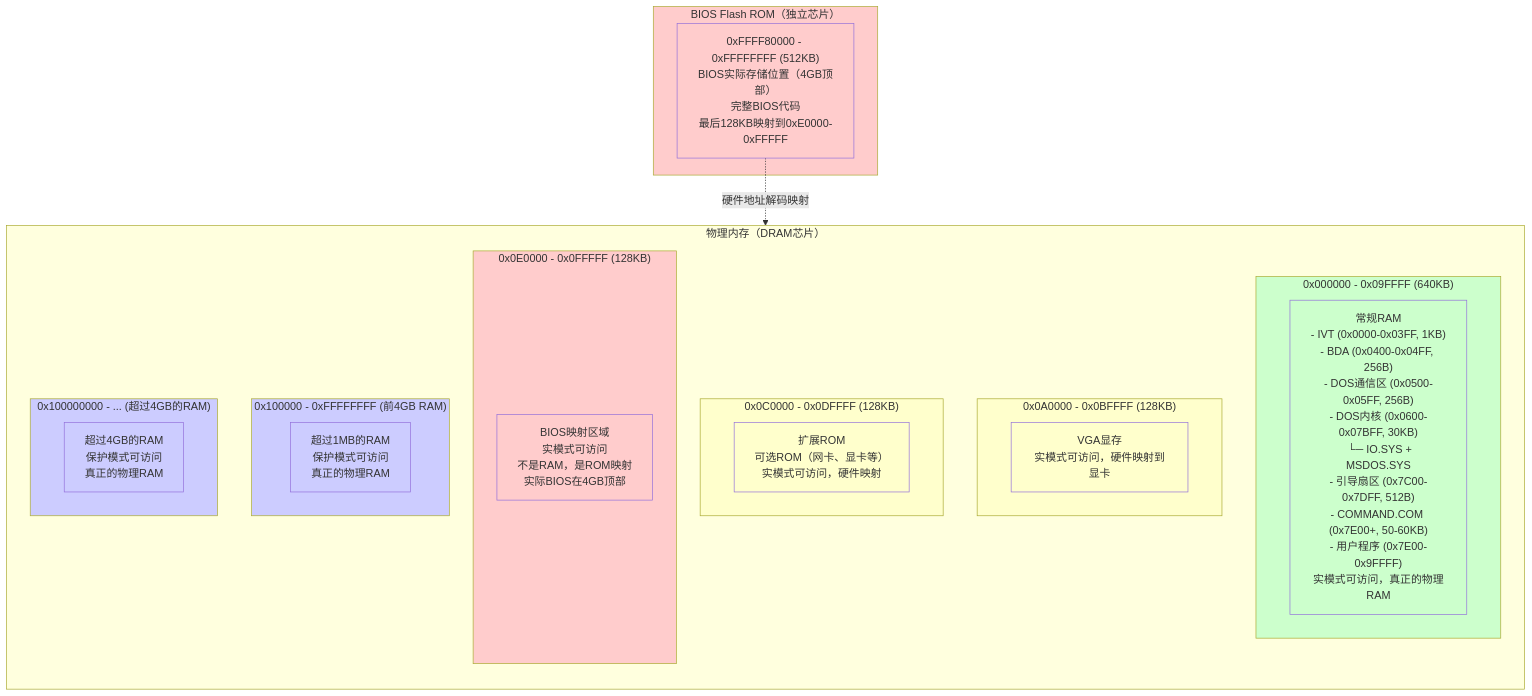
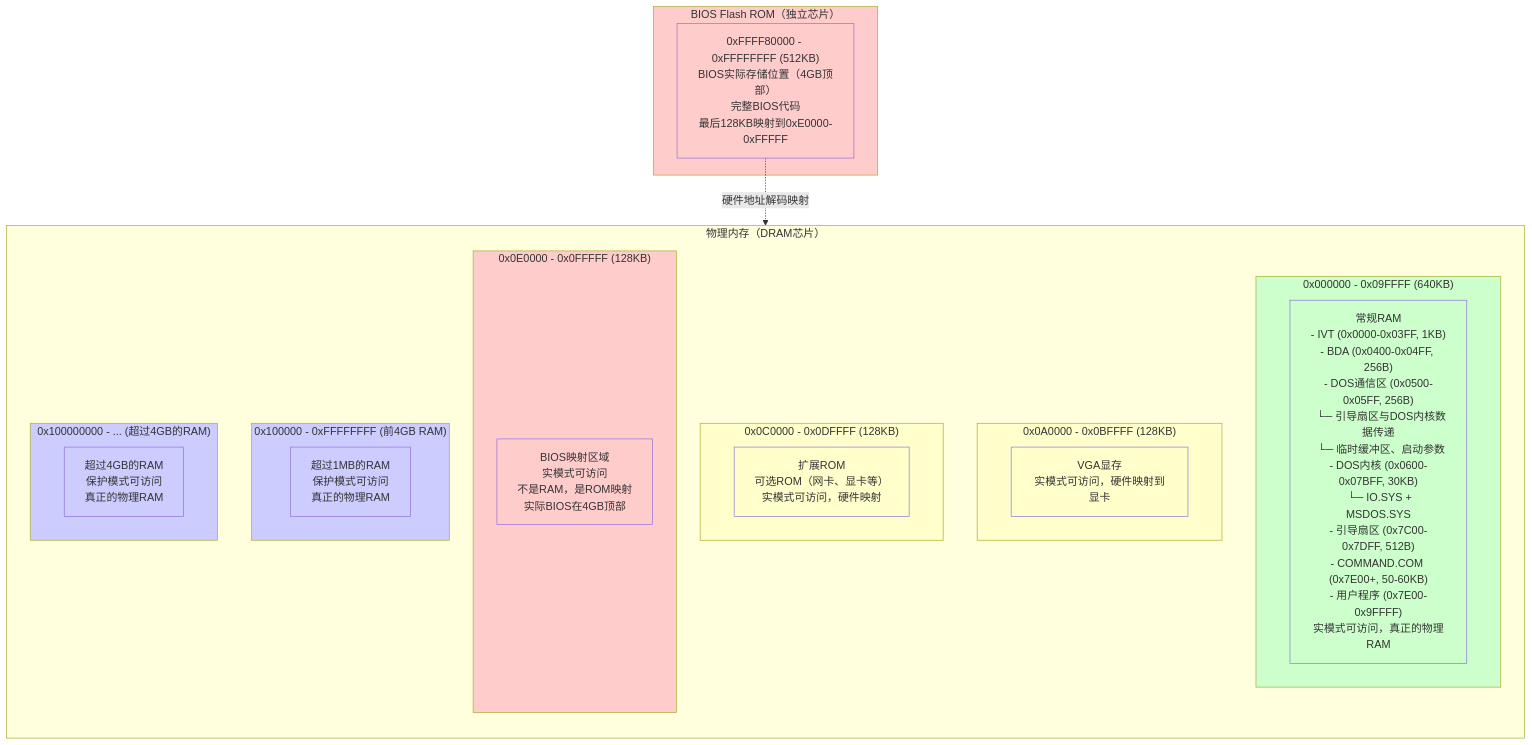
Before and after one commit to liweinan/bootimage-example: the diagram in BIOS_MEMORY_LAYOUT.md, drawn with Mermaid. The commit also changed other lines of this file, not shown here.

````diff
--- a/BIOS_MEMORY_LAYOUT.md
+++ b/BIOS_MEMORY_LAYOUT.md
@@ -287,51 +287,51 @@
    ```mermaid
    flowchart TB
        subgraph DRAM["物理内存（DRAM芯片）"]
            direction TB
            
            subgraph Low640KB["0x000000 - 0x09FFFF (640KB)"]
-               LowRAM["常规RAM<br/>- IVT (0x0000-0x03FF, 1KB)<br/>- BDA (0x0400-0x04FF, 256B)<br/>- DOS通信区 (0x0500-0x05FF, 256B)<br/>- DOS内核 (0x0600-0x07BFF, 30KB)<br/>  └─ IO.SYS + MSDOS.SYS<br/>- 引导扇区 (0x7C00-0x7DFF, 512B)<br/>- COMMAND.COM (0x7E00+, 50-60KB)<br/>- 用户程序 (0x7E00-0x9FFFF)<br/>实模式可访问，真正的物理RAM"]
+               LowRAM["常规RAM<br/>- IVT (0x0000-0x03FF, 1KB)<br/>- BDA (0x0400-0x04FF, 256B)<br/>- DOS通信区 (0x0500-0x05FF, 256B)<br/>  └─ 引导扇区与DOS内核数据传递<br/>  └─ 临时缓冲区、启动参数<br/>- DOS内核 (0x0600-0x07BFF, 30KB)<br/>  └─ IO.SYS + MSDOS.SYS<br/>- 引导扇区 (0x7C00-0x7DFF, 512B)<br/>- COMMAND.COM (0x7E00+, 50-60KB)<br/>- 用户程序 (0x7E00-0x9FFFF)<br/>实模式可访问，真正的物理RAM"]
            end
            
            subgraph VGARAM["0x0A0000 - 0x0BFFFF (128KB)"]
                VGAMem["VGA显存<br/>实模式可访问，硬件映射到显卡"]
            end
            
            subgraph ExtROM["0x0C0000 - 0x0DFFFF (128KB)"]
                OptionROM["扩展ROM<br/>可选ROM（网卡、显卡等）<br/>实模式可访问，硬件映射"]
            end
            
            subgraph BIOSMap["0x0E0000 - 0x0FFFFF (128KB)"]
                BIOSMapped["BIOS映射区域<br/>实模式可访问<br/>不是RAM，是ROM映射<br/>实际BIOS在4GB顶部"]
            end
            
            subgraph Above1MB["0x100000 - 0xFFFFFFFF (前4GB RAM)"]
                RAM4GB["超过1MB的RAM<br/>保护模式可访问<br/>真正的物理RAM"]
            end
            
            subgraph Above4GB["0x100000000 - ... (超过4GB的RAM)"]
                RAM8GB["超过4GB的RAM<br/>保护模式可访问<br/>真正的物理RAM"]
            end
        end
        
        subgraph BIOSROM["BIOS Flash ROM（独立芯片）"]
            BIOSFull["0xFFFF80000 - 0xFFFFFFFF (512KB)<br/>BIOS实际存储位置（4GB顶部）<br/>完整BIOS代码<br/>最后128KB映射到0xE0000-0xFFFFF"]
        end
        
        BIOSFull -.->|"硬件地址解码映射"| BIOSMapped
        
        style Low640KB fill:#ccffcc
        style LowRAM fill:#ccffcc
        style VGARAM fill:#ffffcc
        style VGAMem fill:#ffffcc
        style ExtROM fill:#ffffcc
        style OptionROM fill:#ffffcc
        style BIOSMap fill:#ffcccc
        style BIOSMapped fill:#ffcccc
        style Above1MB fill:#ccccff
        style RAM4GB fill:#ccccff
        style Above4GB fill:#ccccff
        style RAM8GB fill:#ccccff
        style BIOSROM fill:#ffcccc
        style BIOSFull fill:#ffcccc
    ```
````
